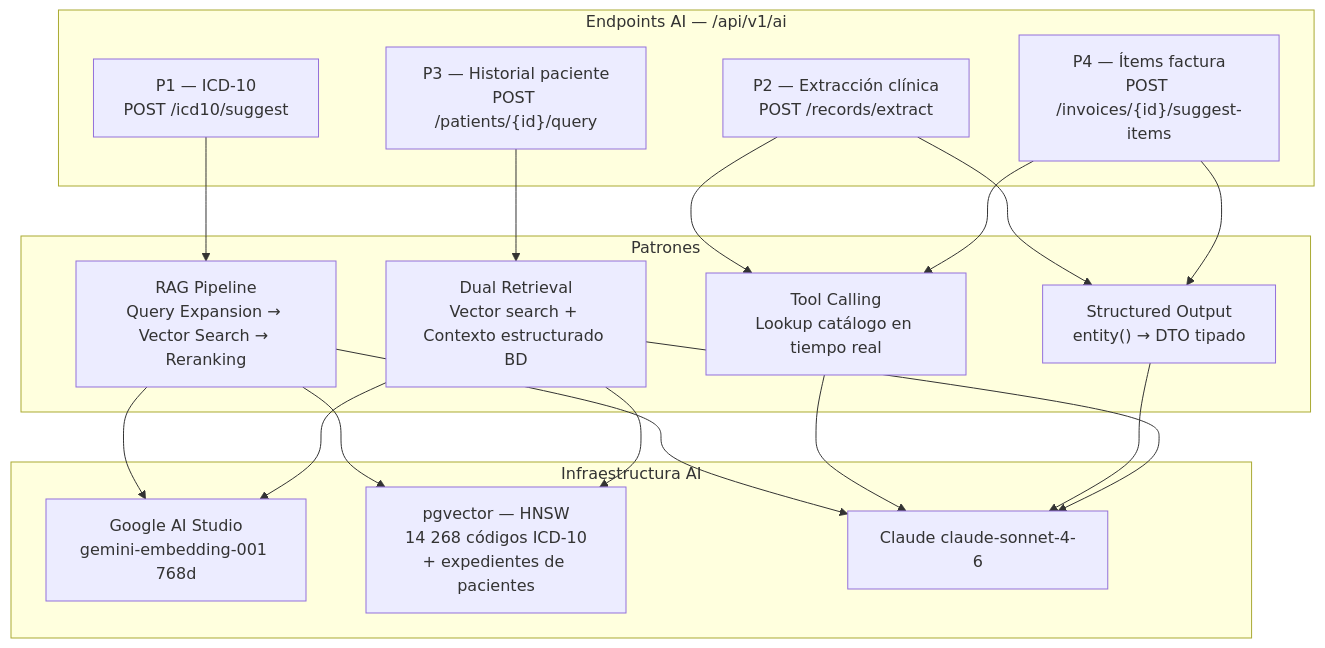
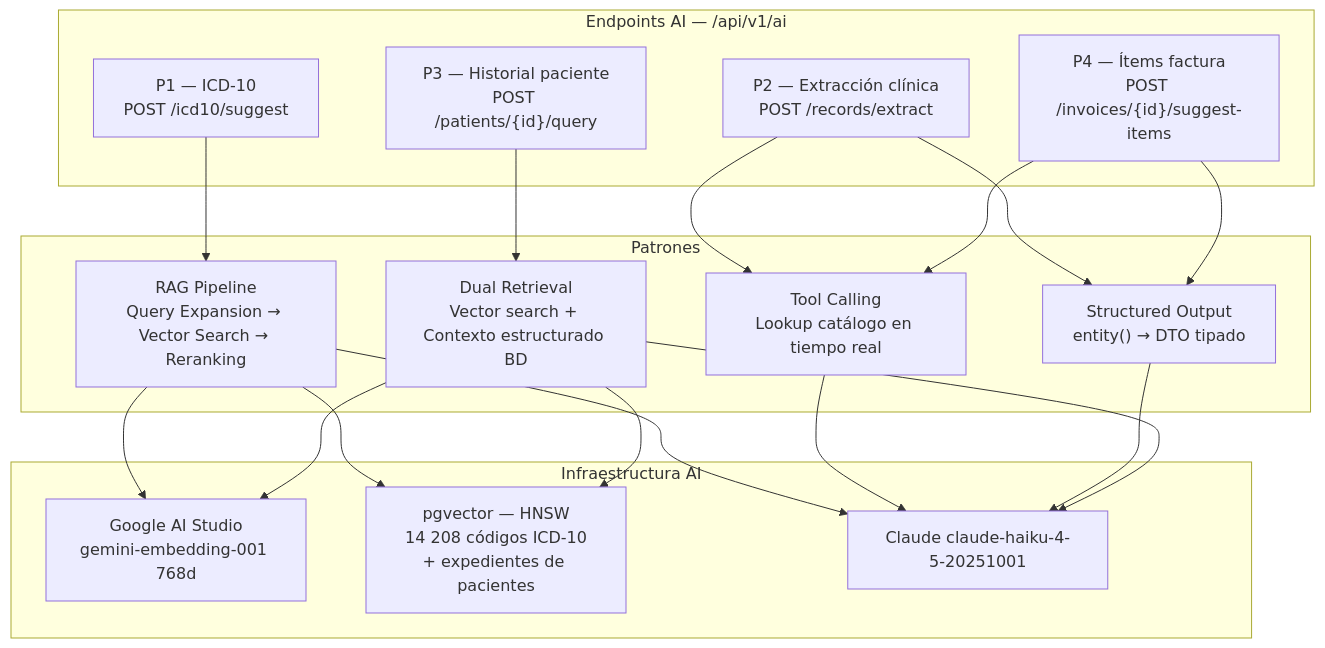
Before and after one commit to FepDev25/sistema-facturacion-medica-springboot-react-postgresql: the fourth of 10 diagrams in DIAGRAMAS.md, drawn with Mermaid. The commit also changed other lines of this file and 69 other files, not shown here.

````diff
--- a/DIAGRAMAS.md
+++ b/DIAGRAMAS.md
@@ -75,32 +75,32 @@
 ```mermaid
 graph TB
     subgraph "Endpoints AI — /api/v1/ai"
         P1["P1 — ICD-10<br/>POST /icd10/suggest"]
         P2["P2 — Extracción clínica<br/>POST /records/extract"]
         P3["P3 — Historial paciente<br/>POST /patients/{id}/query"]
         P4["P4 — Ítems factura<br/>POST /invoices/{id}/suggest-items"]
     end
 
     subgraph "Patrones"
         RAG["RAG Pipeline<br/>Query Expansion → Vector Search → Reranking"]
         TC["Tool Calling<br/>Lookup catálogo en tiempo real"]
         SO["Structured Output<br/>entity() → DTO tipado"]
         DUAL["Dual Retrieval<br/>Vector search + Contexto estructurado BD"]
     end
 
     subgraph "Infraestructura AI"
         EMB["Google AI Studio<br/>gemini-embedding-001 768d"]
-        VEC["pgvector — HNSW<br/>14 268 códigos ICD-10<br/>+ expedientes de pacientes"]
-        LLM["Claude claude-sonnet-4-6"]
+        VEC["pgvector — HNSW<br/>14 208 códigos ICD-10<br/>+ expedientes de pacientes"]
+        LLM["Claude claude-haiku-4-5-20251001"]
     end
 
     P1 --> RAG
     P2 --> TC & SO
     P3 --> DUAL
     P4 --> TC & SO
 
     RAG --> EMB & VEC & LLM
     TC --> LLM
     SO --> LLM
     DUAL --> EMB & VEC & LLM
 ```
````
